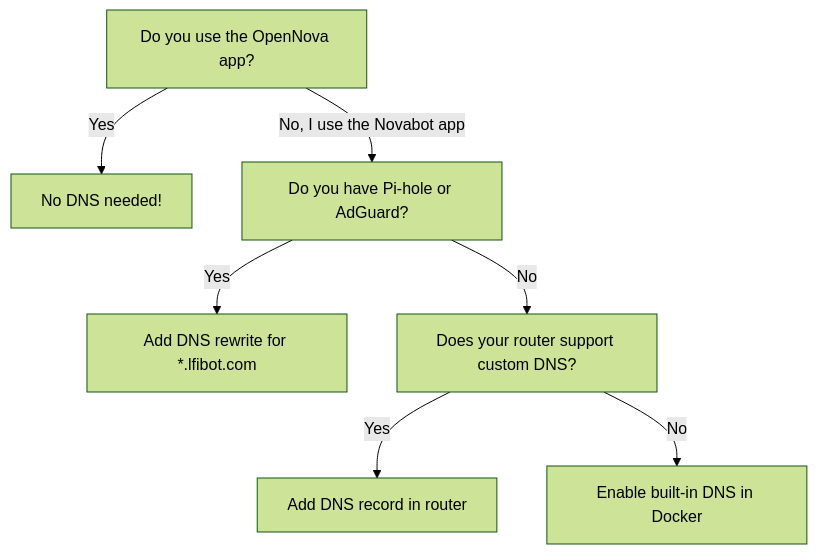
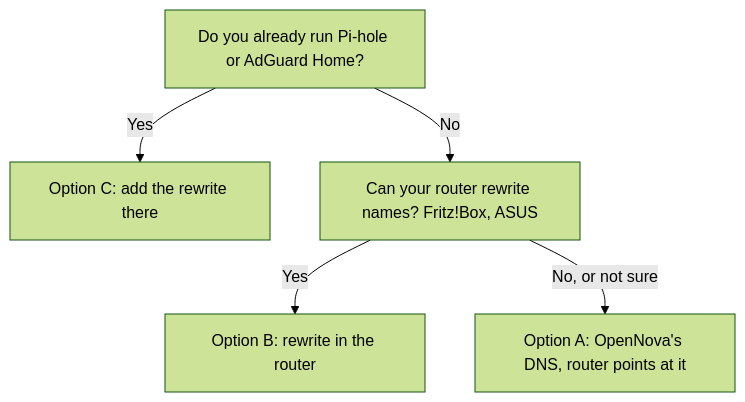
Before and after one commit to rvbcrs/Novabot: the diagram in docs/guide/dns-setup.md, drawn with Mermaid (forest theme). The commit also changed other lines of this file and 1 other file, not shown here.

Commit message:
docs(dns): built-in DNS as option A, router DHCP per brand, a mandatory restart step, custom firmware at the end

````diff
--- a/docs/guide/dns-setup.md
+++ b/docs/guide/dns-setup.md
@@ -353,9 +263,7 @@
 ```mermaid
 graph TD
-    A[Do you use the OpenNova app?] -->|Yes| B[No DNS needed!]
-    A -->|No, I use the Novabot app| C[Do you have Pi-hole or AdGuard?]
-    C -->|Yes| D[Add DNS rewrite for *.lfibot.com]
-    C -->|No| E[Does your router support custom DNS?]
-    E -->|Yes| F[Add DNS record in router]
-    E -->|No| G[Enable built-in DNS in Docker]
+    A[Do you already run Pi-hole or AdGuard Home?] -->|Yes| C[Option C: add the rewrite there]
+    A -->|No| E[Can your router rewrite names? Fritz!Box, ASUS]
+    E -->|Yes| B[Option B: rewrite in the router]
+    E -->|No, or not sure| D[Option A: OpenNova's DNS, router points at it]
 ```
````
